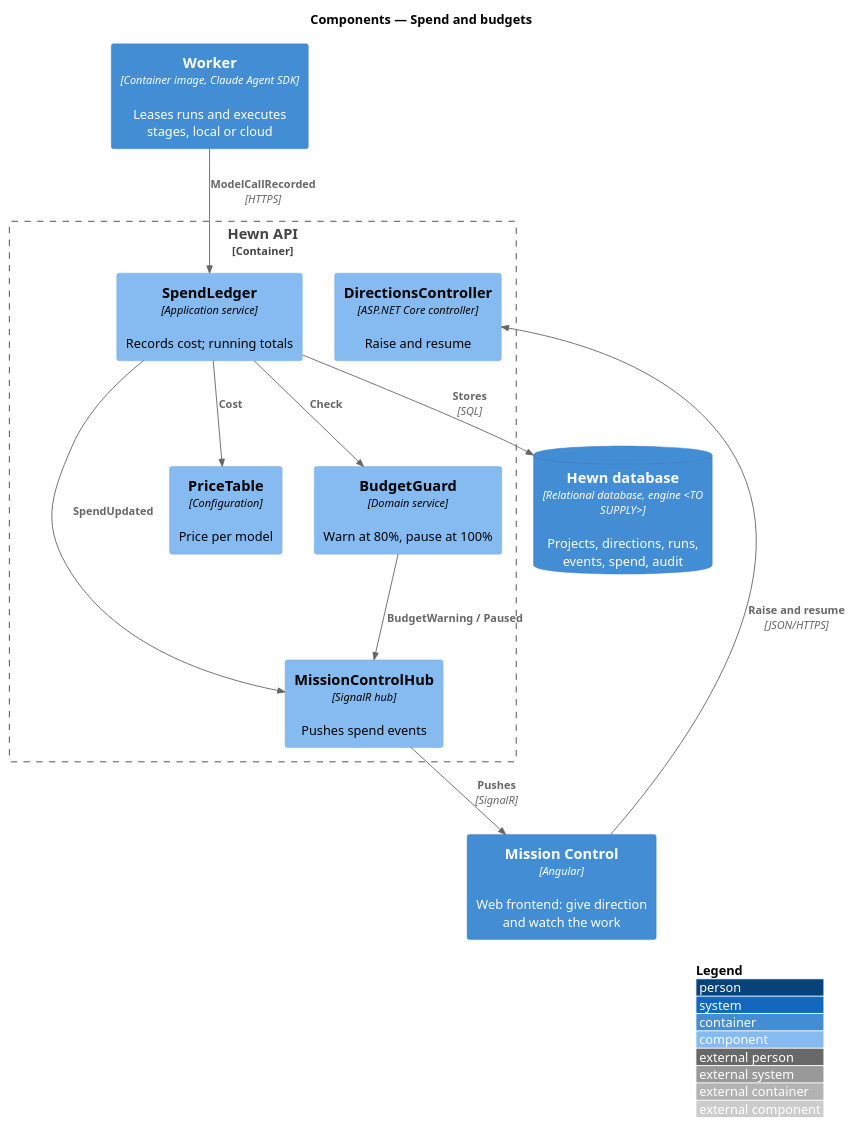
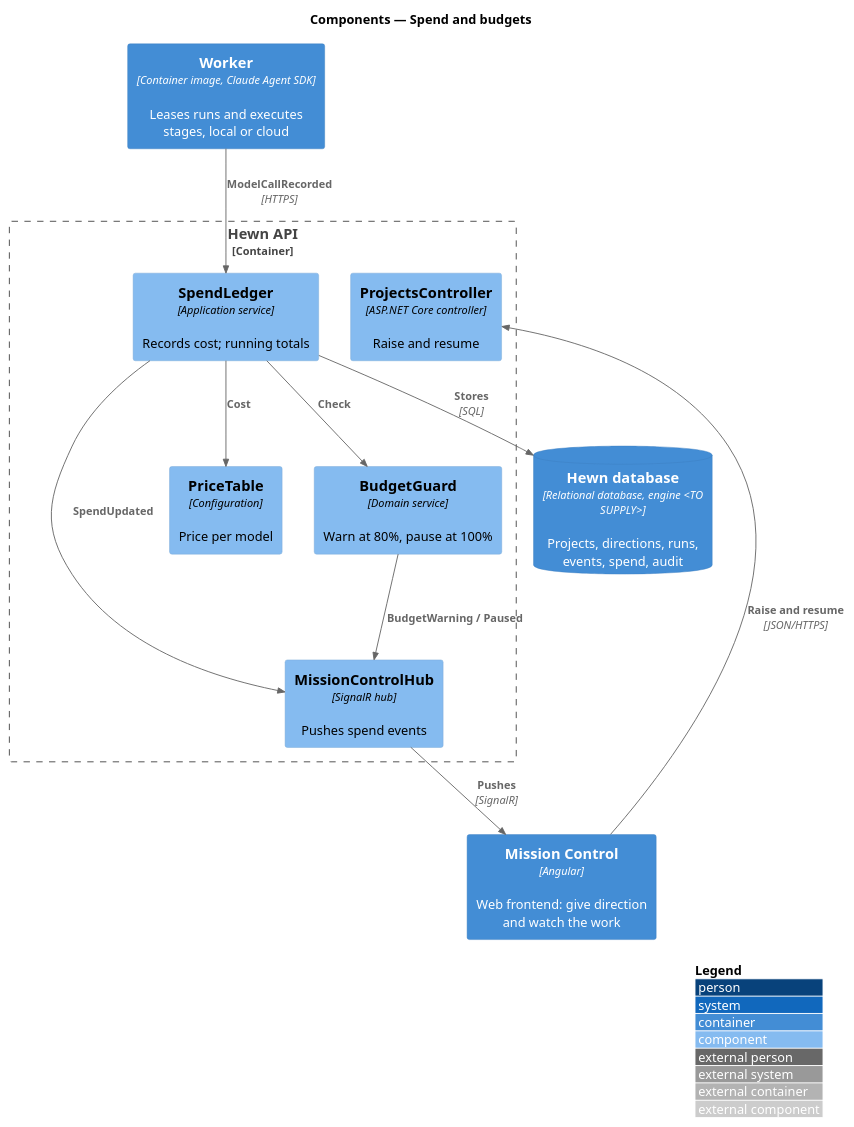
The diagram in docs/detailed-designs/governance/spend-and-budgets/diagrams/c4-component.puml (QuinntyneBrown/hewn), drawn with PlantUML before and after one commit. The commit also changed 46 other files, not shown here.

First line of the commit message:
Raise budget and resume (journey 5, L2-053, L2-029) (#13)

```diff
--- a/docs/detailed-designs/governance/spend-and-budgets/diagrams/c4-component.puml
+++ b/docs/detailed-designs/governance/spend-and-budgets/diagrams/c4-component.puml
@@ -1,25 +1,25 @@
 @startuml
 !include <C4/C4_Component>
 LAYOUT_WITH_LEGEND()
 title Components — Spend and budgets
 
 Container(worker, "Worker", "Container image, Claude Agent SDK", "Leases runs and executes stages, local or cloud")
 Container(spa, "Mission Control", "Angular", "Web frontend: give direction and watch the work")
 ContainerDb(db, "Hewn database", "Relational database, engine <TO SUPPLY>", "Projects, directions, runs, events, spend, audit")
 Container_Boundary(api_b, "Hewn API") {
   Component(ledger, "SpendLedger", "Application service", "Records cost; running totals")
   Component(price, "PriceTable", "Configuration", "Price per model")
   Component(guard, "BudgetGuard", "Domain service", "Warn at 80%, pause at 100%")
-  Component(ctrl, "DirectionsController", "ASP.NET Core controller", "Raise and resume")
+  Component(ctrl, "ProjectsController", "ASP.NET Core controller", "Raise and resume")
   Component(hub, "MissionControlHub", "SignalR hub", "Pushes spend events")
 }
 
 Rel(worker, ledger, "ModelCallRecorded", "HTTPS")
 Rel(ledger, price, "Cost")
 Rel(ledger, guard, "Check")
 Rel(ledger, db, "Stores", "SQL")
 Rel(guard, hub, "BudgetWarning / Paused")
 Rel(ledger, hub, "SpendUpdated")
 Rel(hub, spa, "Pushes", "SignalR")
 Rel(spa, ctrl, "Raise and resume", "JSON/HTTPS")
 @enduml
```
